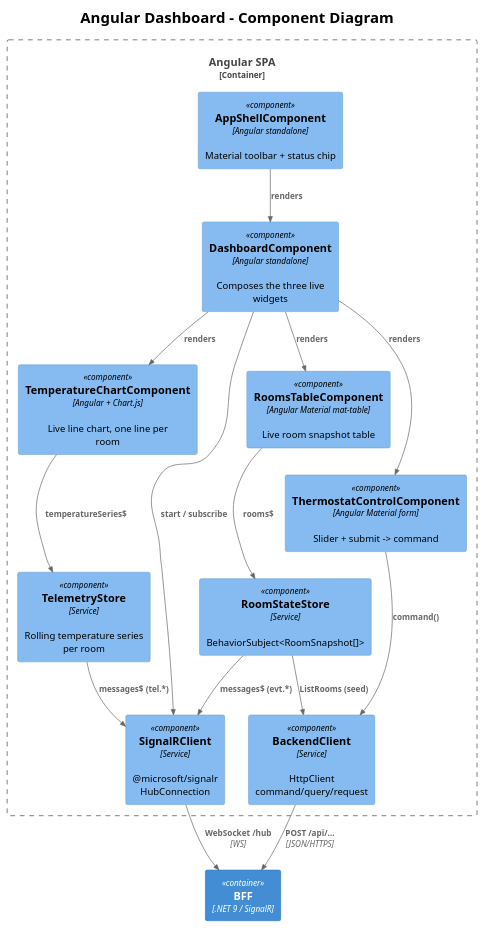
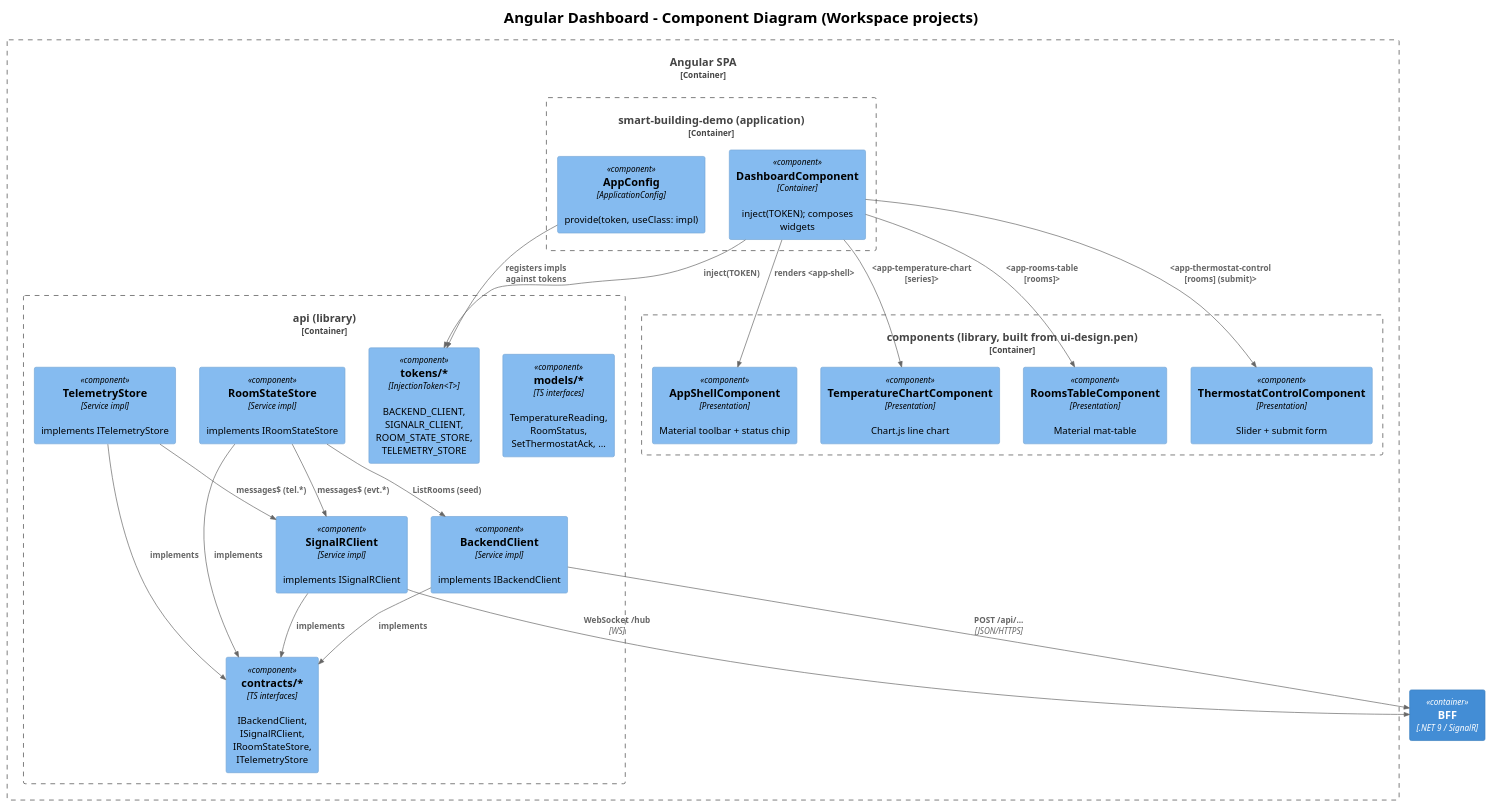
The diagram in docs/detailed-designs/05-frontend-dashboard/diagrams/c4_component.puml (QuinntyneBrown/redis-pubsub-dotnet-reference), drawn with PlantUML before and after one commit. The commit also changed 26 other files, not shown here.

Commit message:
Add BffService and dashboard updates

```diff
--- a/docs/detailed-designs/05-frontend-dashboard/diagrams/c4_component.puml
+++ b/docs/detailed-designs/05-frontend-dashboard/diagrams/c4_component.puml
@@ -1,39 +1,54 @@
 @startuml c4_component
 !theme plain
 !include <C4/C4_Component>
 
-title Angular Dashboard - Component Diagram
+title Angular Dashboard - Component Diagram (Workspace projects)
 
 Container(bff, "BFF", ".NET 9 / SignalR")
 
 Container_Boundary(spa, "Angular SPA") {
-    Component(shell, "AppShellComponent", "Angular standalone", "Material toolbar + status chip")
-    Component(dash, "DashboardComponent", "Angular standalone", "Composes the three live widgets")
-    Component(chart, "TemperatureChartComponent", "Angular + Chart.js", "Live line chart, one line per room")
-    Component(table, "RoomsTableComponent", "Angular Material mat-table", "Live room snapshot table")
-    Component(thermo, "ThermostatControlComponent", "Angular Material form", "Slider + submit -> command")
 
-    Component(sr, "SignalRClient", "Service", "@microsoft/signalr HubConnection")
-    Component(http, "BackendClient", "Service", "HttpClient command/query/request")
-    Component(rs, "RoomStateStore", "Service", "BehaviorSubject<RoomSnapshot[]>")
-    Component(ts, "TelemetryStore", "Service", "Rolling temperature series per room")
+    Container_Boundary(api_lib, "api (library)") {
+        Component(models, "models/*", "TS interfaces", "TemperatureReading, RoomStatus, SetThermostatAck, ...")
+        Component(contracts, "contracts/*", "TS interfaces", "IBackendClient, ISignalRClient,\nIRoomStateStore, ITelemetryStore")
+        Component(tokens, "tokens/*", "InjectionToken<T>", "BACKEND_CLIENT, SIGNALR_CLIENT,\nROOM_STATE_STORE, TELEMETRY_STORE")
+        Component(impl_http, "BackendClient", "Service impl", "implements IBackendClient")
+        Component(impl_sr, "SignalRClient", "Service impl", "implements ISignalRClient")
+        Component(impl_rs, "RoomStateStore", "Service impl", "implements IRoomStateStore")
+        Component(impl_ts, "TelemetryStore", "Service impl", "implements ITelemetryStore")
+    }
+
+    Container_Boundary(comps, "components (library, built from ui-design.pen)") {
+        Component(c_shell, "AppShellComponent", "Presentation", "Material toolbar + status chip")
+        Component(c_chart, "TemperatureChartComponent", "Presentation", "Chart.js line chart")
+        Component(c_table, "RoomsTableComponent", "Presentation", "Material mat-table")
+        Component(c_thermo, "ThermostatControlComponent", "Presentation", "Slider + submit form")
+    }
+
+    Container_Boundary(app, "smart-building-demo (application)") {
+        Component(config, "AppConfig", "ApplicationConfig", "provide(token, useClass: impl)")
+        Component(dash, "DashboardComponent", "Container", "inject(TOKEN); composes widgets")
+    }
 }
 
-Rel(shell, dash, "renders")
-Rel(dash, chart, "renders")
-Rel(dash, table, "renders")
-Rel(dash, thermo, "renders")
+Rel(impl_http, contracts, "implements")
+Rel(impl_sr, contracts, "implements")
+Rel(impl_rs, contracts, "implements")
+Rel(impl_ts, contracts, "implements")
 
-Rel(dash, sr, "start / subscribe")
-Rel(table, rs, "rooms$")
-Rel(chart, ts, "temperatureSeries$")
-Rel(thermo, http, "command()")
+Rel(config, tokens, "registers impls\nagainst tokens")
 
-Rel(rs, sr, "messages$ (evt.*)")
-Rel(ts, sr, "messages$ (tel.*)")
-Rel(rs, http, "ListRooms (seed)")
+Rel(dash, tokens, "inject(TOKEN)")
+Rel(dash, c_shell, "renders <app-shell>")
+Rel(dash, c_chart, "<app-temperature-chart [series]>")
+Rel(dash, c_table, "<app-rooms-table [rooms]>")
+Rel(dash, c_thermo, "<app-thermostat-control [rooms] (submit)>")
 
-Rel(sr, bff, "WebSocket /hub", "WS")
-Rel(http, bff, "POST /api/...", "JSON/HTTPS")
+Rel(impl_rs, impl_sr, "messages$ (evt.*)")
+Rel(impl_ts, impl_sr, "messages$ (tel.*)")
+Rel(impl_rs, impl_http, "ListRooms (seed)")
+
+Rel(impl_sr, bff, "WebSocket /hub", "WS")
+Rel(impl_http, bff, "POST /api/...", "JSON/HTTPS")
 
 @enduml
```
